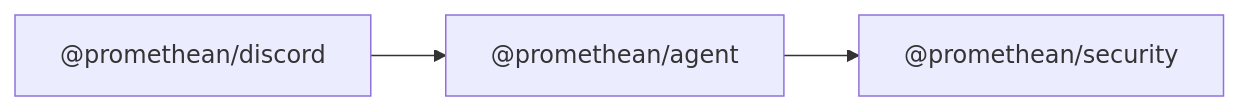
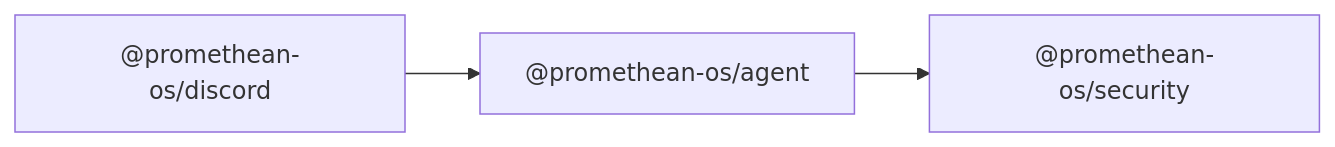
The diagram in docs/packages/agent/README.md (octave-commons/promethean), drawn with Mermaid before and after one commit. The commit also changed other lines of this file and 1753 other files, not shown here.

````diff
--- a/docs/packages/agent/README.md
+++ b/docs/packages/agent/README.md
@@ -14,10 +14,10 @@
 ```mermaid
 graph LR
-  A["@promethean/agent"]
-  D1["@promethean/security"]
-  R1["@promethean/discord"]
-  A --> D1["@promethean/security"]
-  R1["@promethean/discord"] --> A
-  click D1 "../security/README.md" "@promethean/security"
-  click R1 "../discord/README.md" "@promethean/discord"
+  A["@promethean-os/agent"]
+  D1["@promethean-os/security"]
+  R1["@promethean-os/discord"]
+  A --> D1["@promethean-os/security"]
+  R1["@promethean-os/discord"] --> A
+  click D1 "../security/README.md" "@promethean-os/security"
+  click R1 "../discord/README.md" "@promethean-os/discord"
 ```
````
